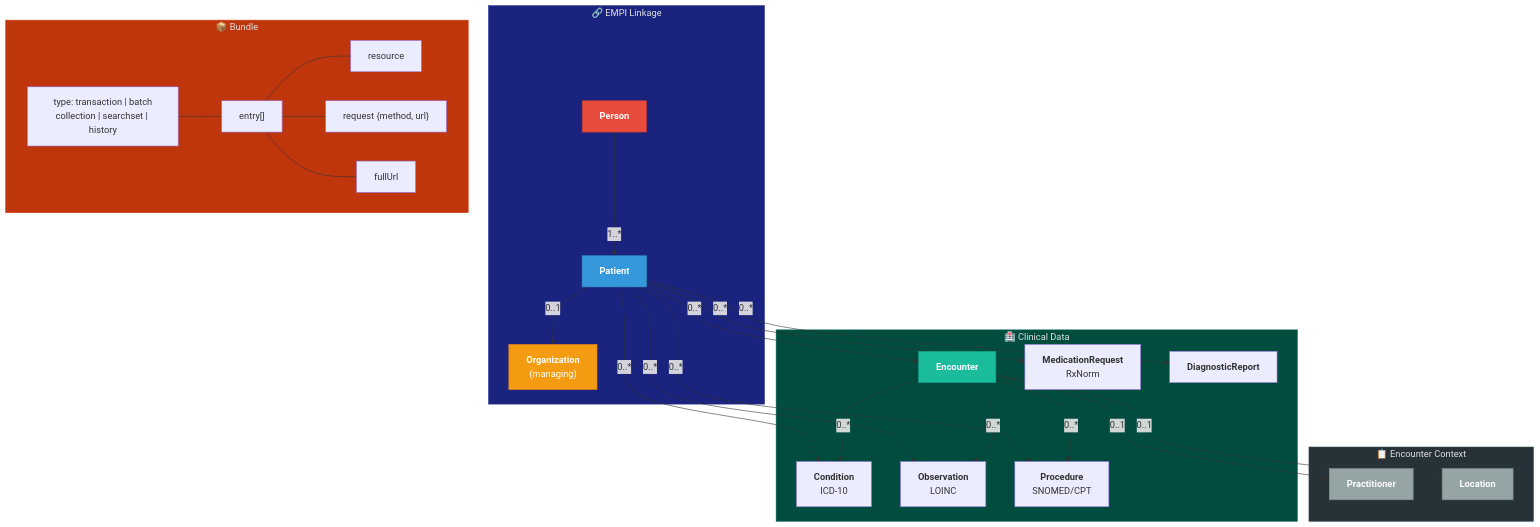
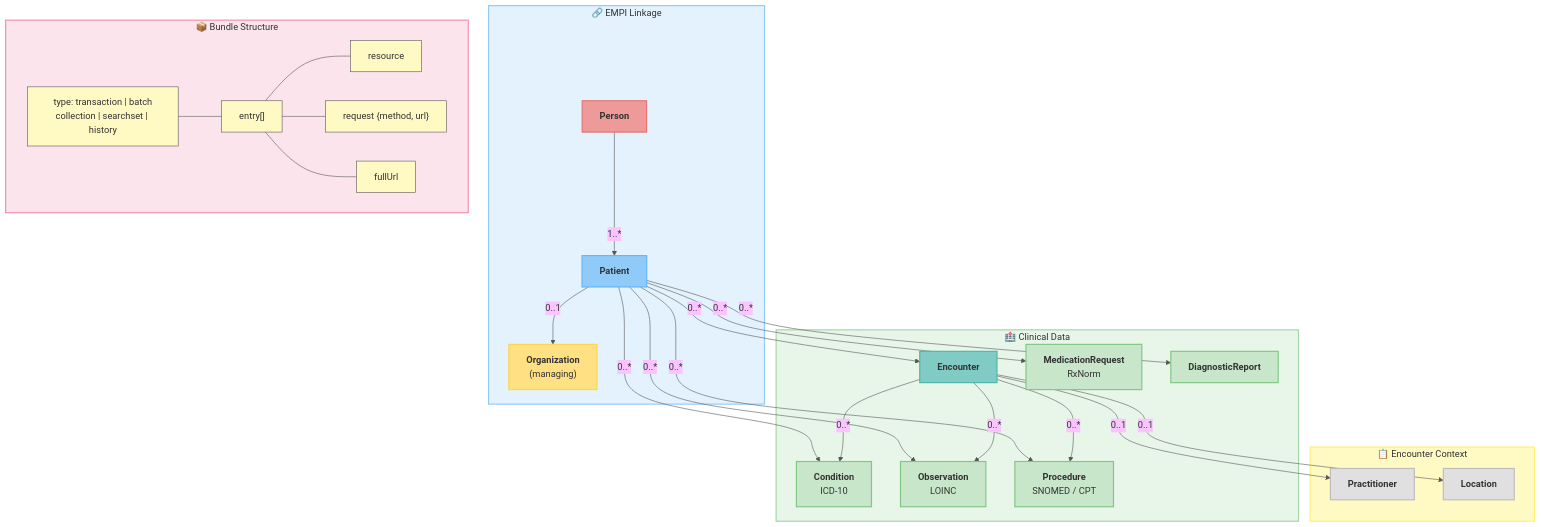
One commit to alvinhenrick/fhir-synth changed the sixth of 10 diagrams in ARCHITECTURE.md. Above: the diagram before and after it, drawn with Mermaid. The commit also changed other lines of this file, not shown here.

Commit message:
refactor architecture documentation; enhance clarity and update visual elements for better understanding

````diff
--- a/ARCHITECTURE.md
+++ b/ARCHITECTURE.md
@@ -267,43 +326,55 @@
 ```mermaid
+%%{init: {'theme': 'base', 'themeVariables': {'primaryColor': '#fff9c4', 'primaryTextColor': '#333', 'primaryBorderColor': '#555', 'lineColor': '#555', 'fontFamily': 'Comic Sans MS, cursive, sans-serif'}}}%%
 graph TD
     subgraph EMPI["🔗 EMPI Linkage"]
         Person["<b>Person</b>"] -->|"1..*"| Patient["<b>Patient</b>"]
         Patient -->|"0..1"| Organization["<b>Organization</b><br/>(managing)"]
     end
+
     subgraph CLINICAL["🏥 Clinical Data"]
         Patient -->|"0..*"| Encounter["<b>Encounter</b>"]
         Patient -->|"0..*"| Condition["<b>Condition</b><br/>ICD-10"]
         Patient -->|"0..*"| Observation["<b>Observation</b><br/>LOINC"]
         Patient -->|"0..*"| MedReq["<b>MedicationRequest</b><br/>RxNorm"]
-        Patient -->|"0..*"| Procedure["<b>Procedure</b><br/>SNOMED/CPT"]
+        Patient -->|"0..*"| Procedure["<b>Procedure</b><br/>SNOMED / CPT"]
         Patient -->|"0..*"| DiagReport["<b>DiagnosticReport</b>"]
     end
+
     subgraph ENCOUNTER_REFS["📋 Encounter Context"]
         Encounter -->|"0..*"| Condition
         Encounter -->|"0..*"| Observation
         Encounter -->|"0..*"| Procedure
         Encounter -->|"0..1"| Practitioner["<b>Practitioner</b>"]
         Encounter -->|"0..1"| Location["<b>Location</b>"]
     end
-    subgraph BUNDLE["📦 Bundle"]
+
+    subgraph BUNDLE["📦 Bundle Structure"]
         B_TYPE["type: transaction | batch<br/>collection | searchset | history"]
         B_ENTRY["entry[]"]
         B_RES["resource"]
         B_REQ["request {method, url}"]
         B_URL["fullUrl"]
+
         B_TYPE --- B_ENTRY
         B_ENTRY --- B_RES
         B_ENTRY --- B_REQ
         B_ENTRY --- B_URL
     end
-    style EMPI fill:#1a237e,stroke:#283593,color:#e0e0e0
-    style CLINICAL fill:#004d40,stroke:#00695c,color:#e0e0e0
-    style ENCOUNTER_REFS fill:#263238,stroke:#37474f,color:#e0e0e0
-    style BUNDLE fill:#bf360c,stroke:#d84315,color:#e0e0e0
-    style Person fill:#e74c3c,stroke:#c0392b,color:#fff
-    style Patient fill:#3498db,stroke:#2980b9,color:#fff
-    style Organization fill:#f39c12,stroke:#e67e22,color:#fff
-    style Encounter fill:#1abc9c,stroke:#16a085,color:#fff
-    style Practitioner fill:#95a5a6,stroke:#7f8c8d,color:#fff
-    style Location fill:#95a5a6,stroke:#7f8c8d,color:#fff
+
+    style EMPI fill:#e3f2fd,stroke:#90caf9,color:#333,stroke-width:2px
+    style CLINICAL fill:#e8f5e9,stroke:#a5d6a7,color:#333,stroke-width:2px
+    style ENCOUNTER_REFS fill:#fff9c4,stroke:#fff176,color:#333,stroke-width:2px
+    style BUNDLE fill:#fce4ec,stroke:#f48fb1,color:#333,stroke-width:2px
+
+    style Person fill:#ef9a9a,stroke:#e57373,color:#333,stroke-width:2px
+    style Patient fill:#90caf9,stroke:#64b5f6,color:#333,stroke-width:2px
+    style Organization fill:#ffe082,stroke:#ffd54f,color:#333,stroke-width:2px
+    style Encounter fill:#80cbc4,stroke:#4db6ac,color:#333,stroke-width:2px
+    style Practitioner fill:#e0e0e0,stroke:#bdbdbd,color:#333,stroke-width:2px
+    style Location fill:#e0e0e0,stroke:#bdbdbd,color:#333,stroke-width:2px
+    style Condition fill:#c8e6c9,stroke:#81c784,color:#333,stroke-width:2px
+    style Observation fill:#c8e6c9,stroke:#81c784,color:#333,stroke-width:2px
+    style MedReq fill:#c8e6c9,stroke:#81c784,color:#333,stroke-width:2px
+    style Procedure fill:#c8e6c9,stroke:#81c784,color:#333,stroke-width:2px
+    style DiagReport fill:#c8e6c9,stroke:#81c784,color:#333,stroke-width:2px
 ```
````
